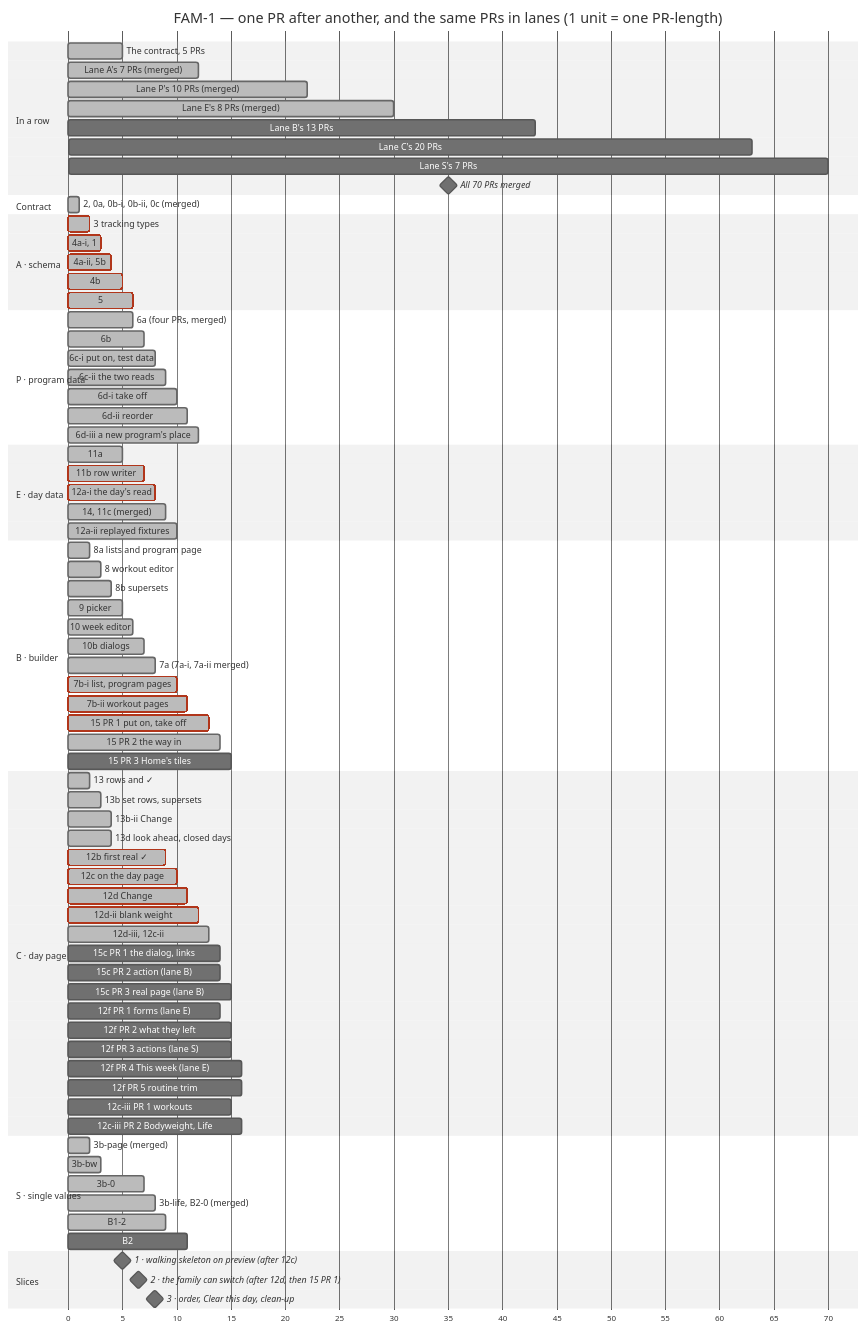
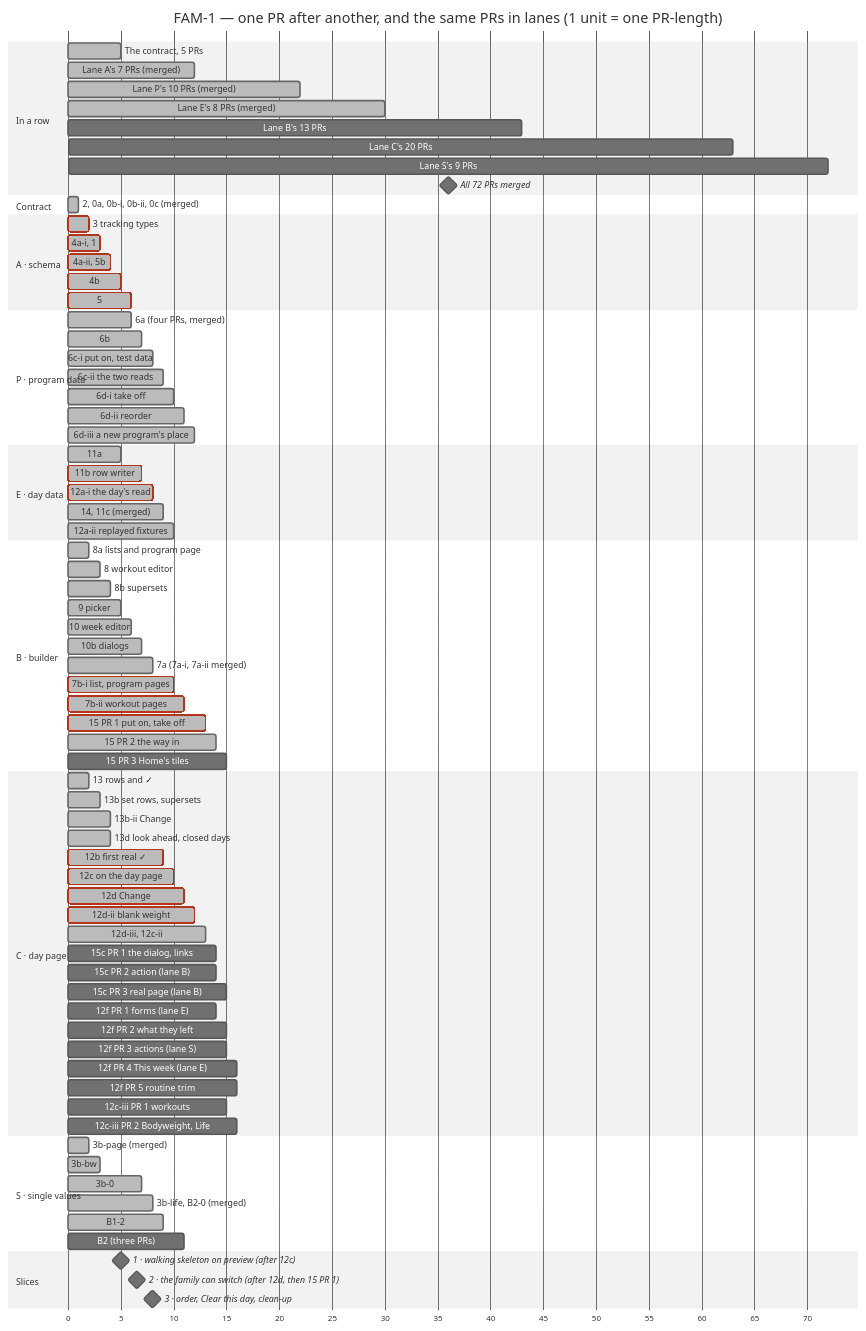
One commit to ralamode/mat-plan changed the second of 2 diagrams in docs/milestones/fam-1-family-program.md. Above: the diagram before and after it, drawn with Mermaid (neutral theme). The commit also changed other lines of this file and 2 other files, not shown here.

First line of the commit message:
docs(fam-1): Clear this day is three PRs and is offered on today only; the milestone counts 58 of 72 (#729)

```diff
--- a/docs/milestones/fam-1-family-program.md
+++ b/docs/milestones/fam-1-family-program.md
@@ -271,8 +271,8 @@
   Lane E's 8 PRs (merged)      :done, r3, 22, 30
   Lane B's 13 PRs              :r4, 30, 43
   Lane C's 20 PRs              :r5, 43, 63
-  Lane S's 7 PRs               :r6, 63, 70
-  All 70 PRs merged            :milestone, rm, 70, 70
+  Lane S's 9 PRs               :r6, 63, 72
+  All 72 PRs merged            :milestone, rm, 72, 72
 
   section Contract
   2, 0a, 0b-i, 0b-ii, 0c (merged) :done, c0, 0, 1
@@ -341,7 +341,7 @@
   3b-0                         :done, s3, 6, 7
   3b-life, B2-0 (merged)       :done, s4, 7, 8
   B1-2                         :done, s5, 8, 9
-  B2                           :s6, 10, 11
+  B2 (three PRs)               :s6, 10, 11
 
   section Slices
   1 · walking skeleton on preview (after 12c) :milestone, m1, 10, 10
```
